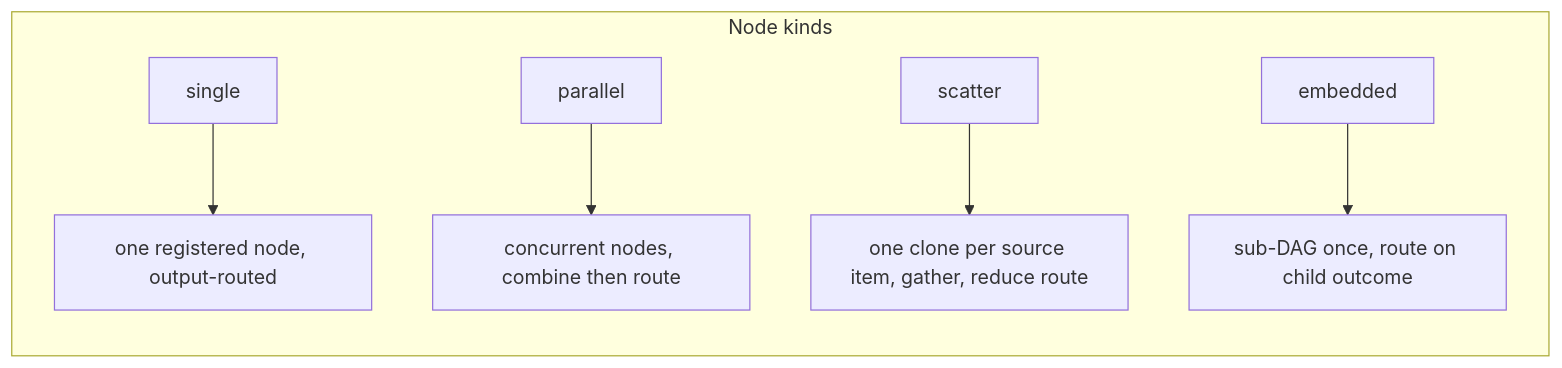
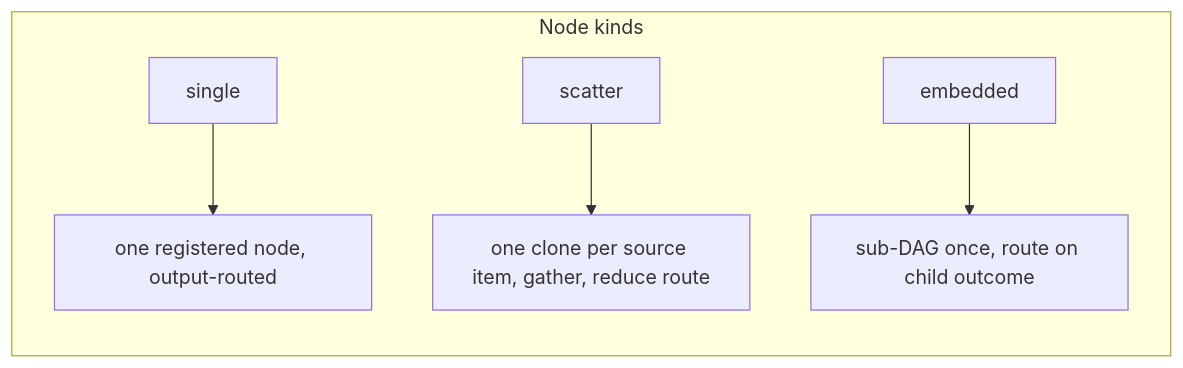
One commit to Studnicky/Dagonizer changed the first of 2 diagrams in docs/architecture.md. Above: the diagram before and after it, drawn with Mermaid. The commit also changed other lines of this file and 71 other files, not shown here.

````diff
--- a/docs/architecture.md
+++ b/docs/architecture.md
@@ -82,10 +82,9 @@
 ```mermaid
 flowchart TB
   subgraph kinds["Node kinds"]
     direction TB
     A[single] --> B[one registered node, output-routed]
-    C[parallel] --> D[concurrent nodes, combine then route]
     E[scatter] --> F[one clone per source item, gather, reduce route]
     G[embedded] --> H[sub-DAG once, route on child outcome]
   end
 ```
````
